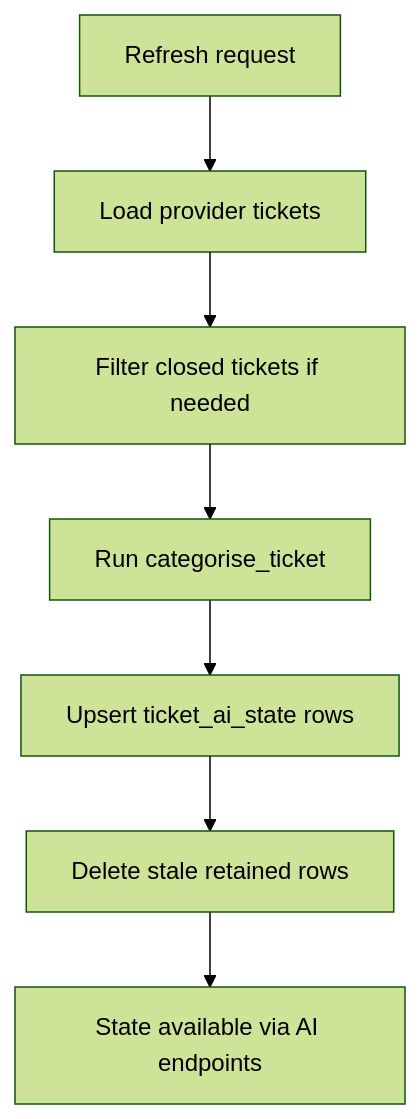
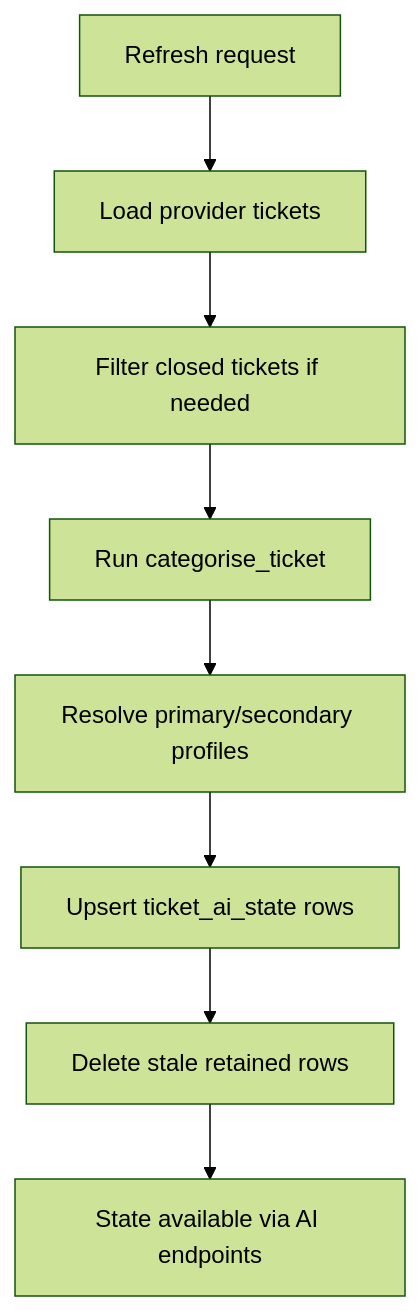
The seventh of 7 diagrams in docs/services/ai-service/flows.md (Plymouth-University/comp2003-2025-2026-team-3), drawn with Mermaid (forest theme) before and after one commit. The commit also changed other lines of this file and 11 other files, not shown here.

````diff
--- a/docs/services/ai-service/flows.md
+++ b/docs/services/ai-service/flows.md
@@ -271,9 +300,10 @@
 ```mermaid
 flowchart TD
   Refresh[Refresh request] --> Load[Load provider tickets]
   Load --> Filter[Filter closed tickets if needed]
   Filter --> Classify[Run categorise_ticket]
-  Classify --> Upsert[Upsert ticket_ai_state rows]
+  Classify --> Resolve[Resolve primary/secondary profiles]
+  Resolve --> Upsert[Upsert ticket_ai_state rows]
   Upsert --> Cleanup[Delete stale retained rows]
   Cleanup --> Readback[State available via AI endpoints]
 ```
````
